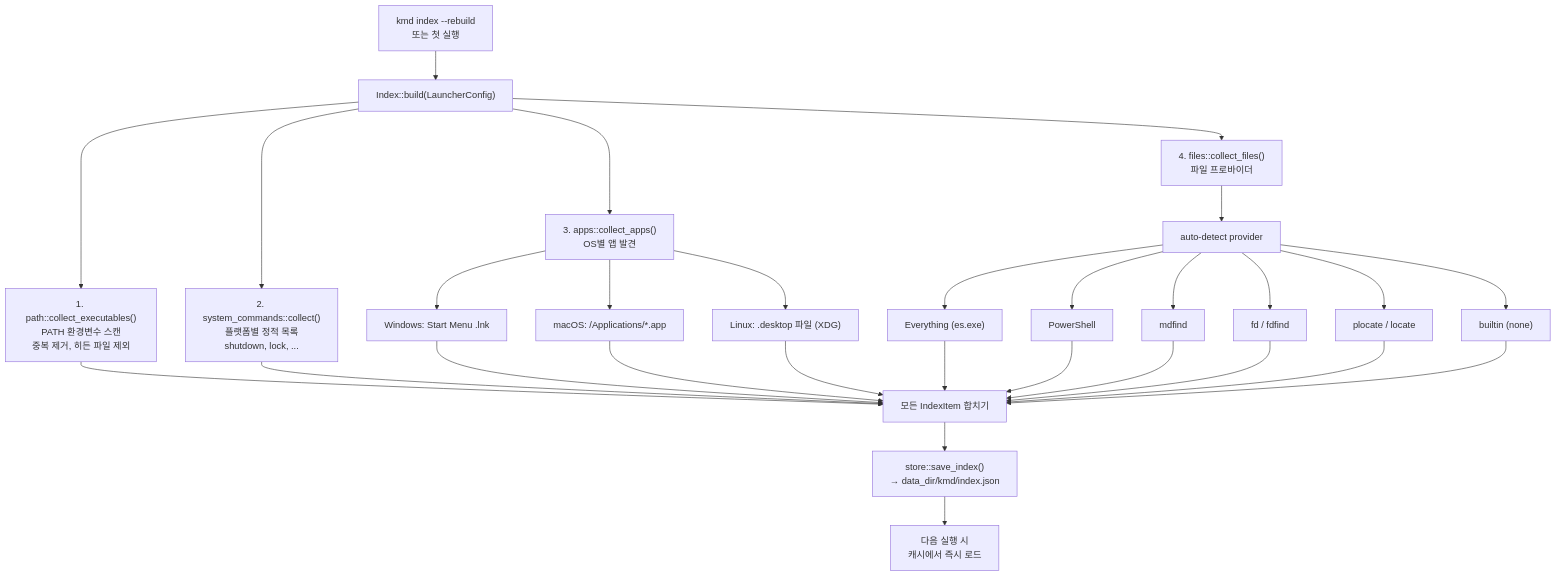
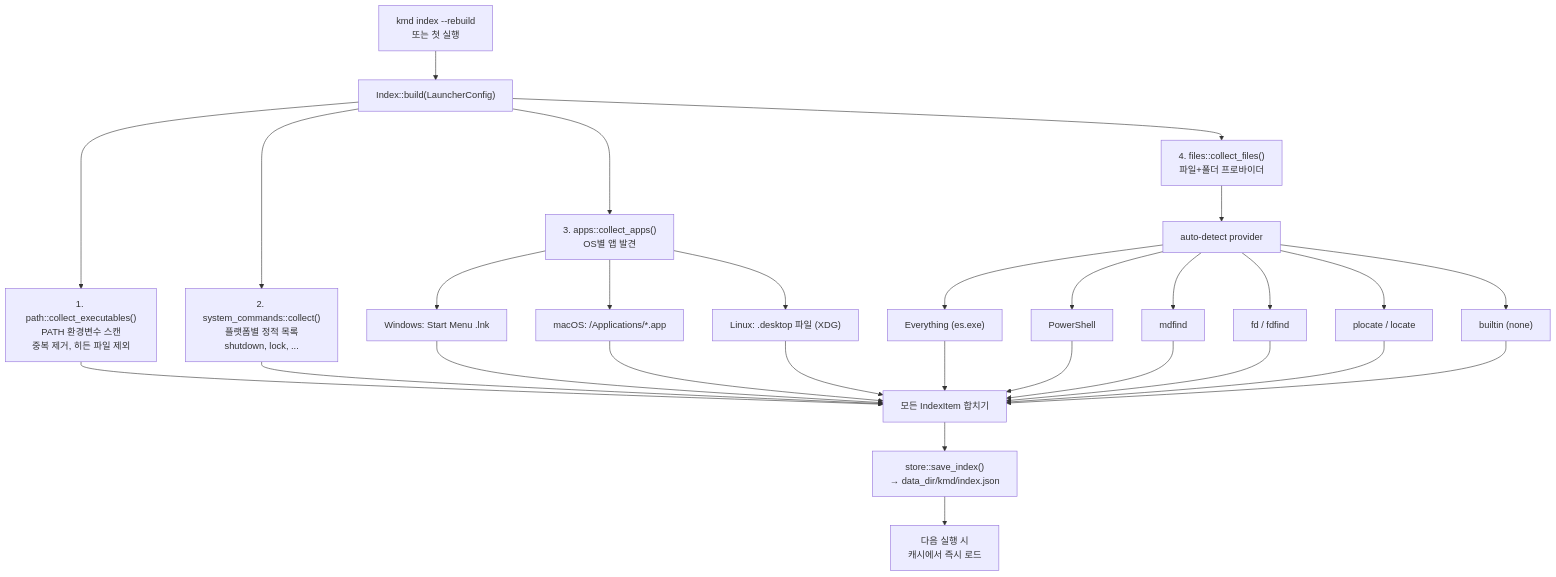
The seventh of 11 diagrams in docs/02_architecture.md (bullpae/keymander-cli), drawn with Mermaid before and after one commit. The commit also changed other lines of this file and 2 other files, not shown here.

````diff
--- a/docs/02_architecture.md
+++ b/docs/02_architecture.md
@@ -203,36 +203,36 @@
 ```mermaid
 flowchart TB
     Start["kmd index --rebuild<br/>또는 첫 실행"] --> Build["Index::build(LauncherConfig)"]
 
     Build --> Step1["1. path::collect_executables()<br/>PATH 환경변수 스캔<br/>중복 제거, 히든 파일 제외"]
     Build --> Step2["2. system_commands::collect()<br/>플랫폼별 정적 목록<br/>shutdown, lock, ..."]
     Build --> Step3["3. apps::collect_apps()<br/>OS별 앱 발견"]
-    Build --> Step4["4. files::collect_files()<br/>파일 프로바이더"]
+    Build --> Step4["4. files::collect_files()<br/>파일+폴더 프로바이더"]
 
     Step3 --> Win["Windows: Start Menu .lnk"]
     Step3 --> Mac["macOS: /Applications/*.app"]
     Step3 --> Linux["Linux: .desktop 파일 (XDG)"]
 
     Step4 --> Detect["auto-detect provider"]
     Detect --> Everything["Everything (es.exe)"]
     Detect --> WinFs["PowerShell"]
     Detect --> Spotlight["mdfind"]
     Detect --> Fd["fd / fdfind"]
     Detect --> Locate["plocate / locate"]
     Detect --> Builtin["builtin (none)"]
 
     Step1 --> Merge["모든 IndexItem 합치기"]
     Step2 --> Merge
     Win --> Merge
     Mac --> Merge
     Linux --> Merge
     Everything --> Merge
     WinFs --> Merge
     Spotlight --> Merge
     Fd --> Merge
     Locate --> Merge
     Builtin --> Merge
 
     Merge --> Save["store::save_index()<br/>→ data_dir/kmd/index.json"]
     Save --> Done["다음 실행 시<br/>캐시에서 즉시 로드"]
 ```
````
